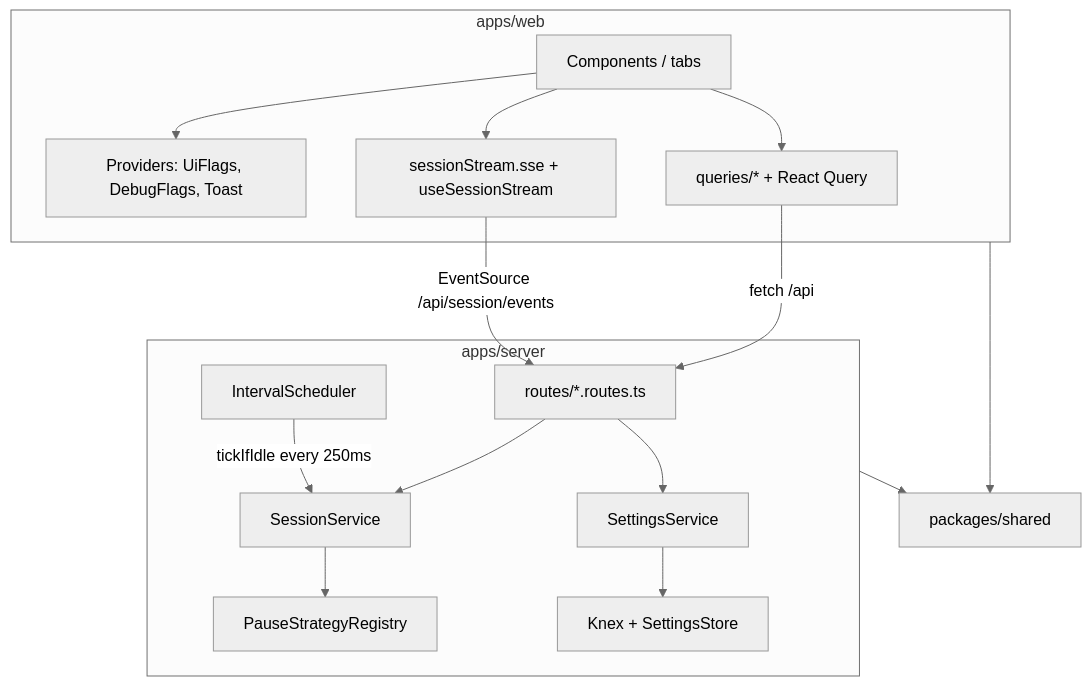
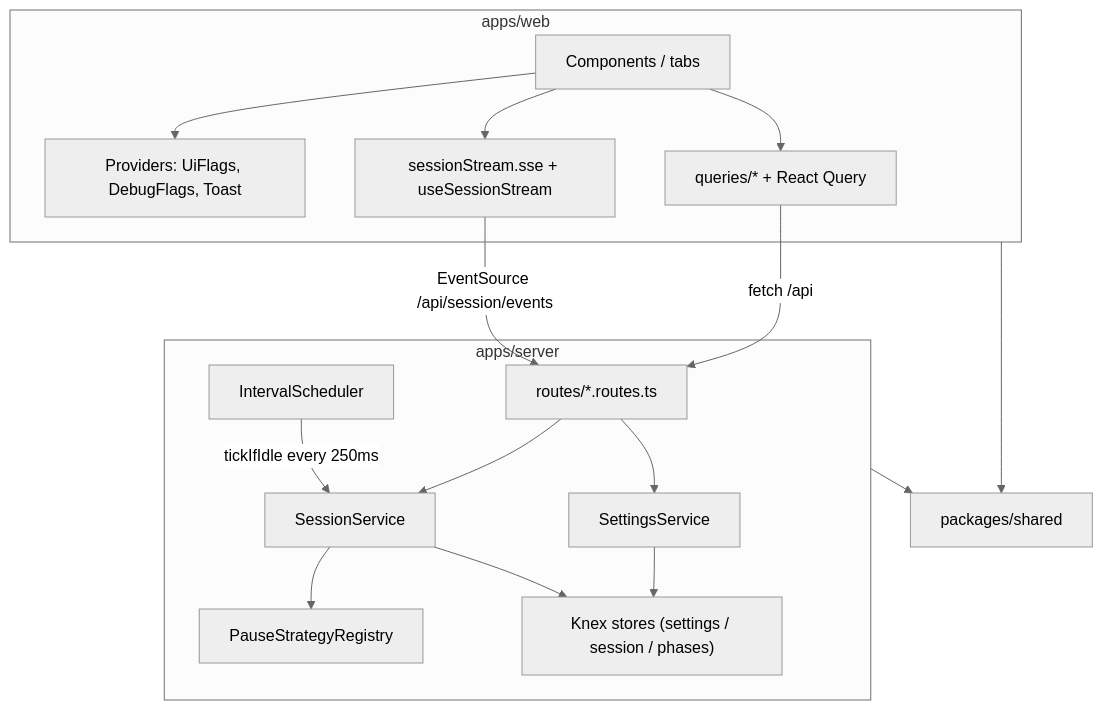
One commit to DKLokeswaran/flexi-pomodoro changed the first of 2 diagrams in docs/architecture.md. Above: the diagram before and after it, drawn with Mermaid (neutral theme). The commit also changed other lines of this file and 18 other files, not shown here.

````diff
--- a/docs/architecture.md
+++ b/docs/architecture.md
@@ -19,32 +19,33 @@
 ```mermaid
 flowchart TB
   subgraph web ["apps/web"]
     UI["Components / tabs"]
     Prov["Providers: UiFlags, DebugFlags, Toast"]
     Q["queries/* + React Query"]
     SSE["sessionStream.sse + useSessionStream"]
     UI --> Prov
     UI --> Q
     UI --> SSE
   end
 
   subgraph server ["apps/server"]
     Routes["routes/*.routes.ts"]
     SettSvc["SettingsService"]
     SessSvc["SessionService"]
     Pause["PauseStrategyRegistry"]
     Sched["IntervalScheduler"]
-    DB["Knex + SettingsStore"]
+    DB["Knex stores (settings / session / phases)"]
     Routes --> SettSvc
     Routes --> SessSvc
     SettSvc --> DB
+    SessSvc --> DB
     SessSvc --> Pause
     Sched -->|"tickIfIdle every 250ms"| SessSvc
   end
 
   Shared["packages/shared"]
   web --> Shared
   server --> Shared
   Q -->|"fetch /api"| Routes
   SSE -->|"EventSource /api/session/events"| Routes
 ```
````
